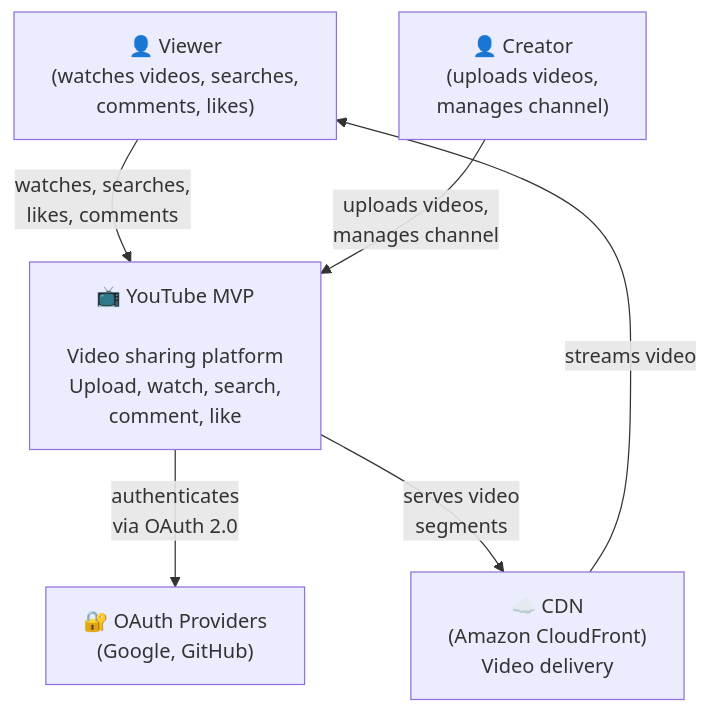
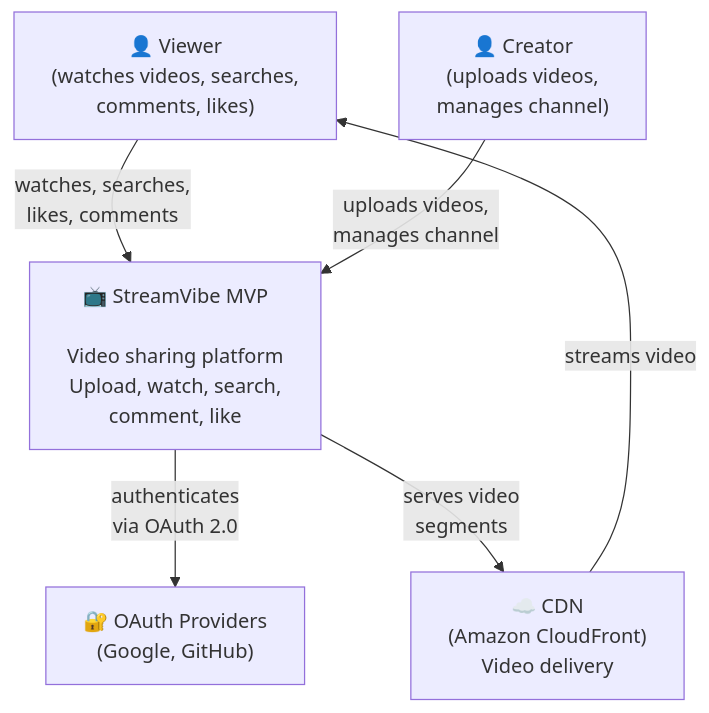
Before and after one commit to mikonoid/software-arch-academy-mvp: the first of 5 diagrams in task2/task2-nfr-asr-diagrams.md, drawn with Mermaid. The commit also changed other lines of this file and 11 other files, not shown here.

Commit message:
Rename YouTube MVP → StreamVibe MVP

````diff
--- a/task2/task2-nfr-asr-diagrams.md
+++ b/task2/task2-nfr-asr-diagrams.md
@@ -151,16 +151,16 @@
 ```mermaid
 graph TB
     Viewer["👤 Viewer<br/>(watches videos, searches,<br/>comments, likes)"]
     Creator["👤 Creator<br/>(uploads videos,<br/>manages channel)"]
     OAuthProviders["🔐 OAuth Providers<br/>(Google, GitHub)"]
 
-    YouTubeMVP["📺 YouTube MVP<br/><br/>Video sharing platform<br/>Upload, watch, search,<br/>comment, like"]
+    StreamVibeMVP["📺 StreamVibe MVP<br/><br/>Video sharing platform<br/>Upload, watch, search,<br/>comment, like"]
 
     CDNProvider["☁️ CDN<br/>(Amazon CloudFront)<br/>Video delivery"]
 
-    Viewer -->|"watches, searches,<br/>likes, comments"| YouTubeMVP
-    Creator -->|"uploads videos,<br/>manages channel"| YouTubeMVP
-    YouTubeMVP -->|"authenticates<br/>via OAuth 2.0"| OAuthProviders
-    YouTubeMVP -->|"serves video<br/>segments"| CDNProvider
+    Viewer -->|"watches, searches,<br/>likes, comments"| StreamVibeMVP
+    Creator -->|"uploads videos,<br/>manages channel"| StreamVibeMVP
+    StreamVibeMVP -->|"authenticates<br/>via OAuth 2.0"| OAuthProviders
+    StreamVibeMVP -->|"serves video<br/>segments"| CDNProvider
     CDNProvider -->|"streams video"| Viewer
 ```
````
